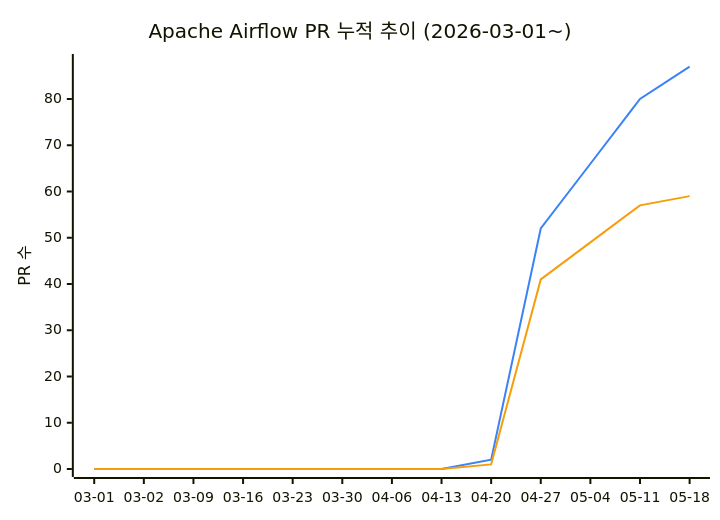
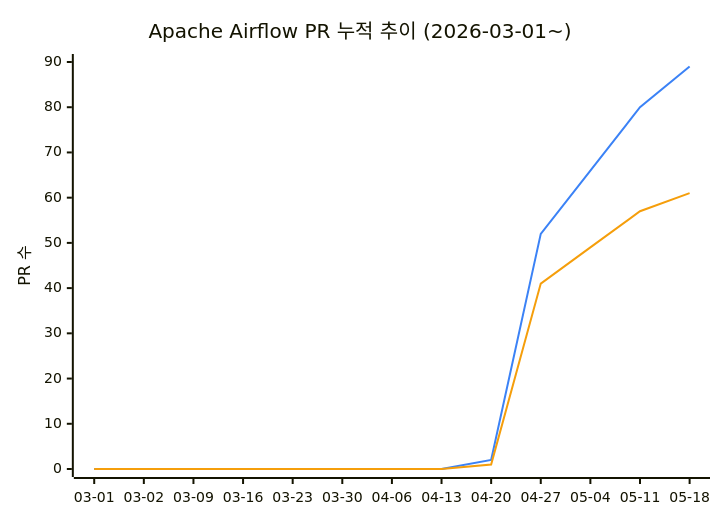
One commit to AirflowKorea/ossca changed the diagram in README.md. Above: the diagram before and after it, drawn with Mermaid. The commit also changed other lines of this file, not shown here.

````diff
--- a/README.md
+++ b/README.md
@@ -11,9 +11,9 @@
 ```mermaid
 %%{init: {"themeVariables": {"xyChart": {"plotColorPalette": "#3b82f6, #f59e0b"}}}}%%
 xychart-beta
     title "Apache Airflow PR 누적 추이 (2026-03-01~)"
     x-axis ["03-01", "03-02", "03-09", "03-16", "03-23", "03-30", "04-06", "04-13", "04-20", "04-27", "05-04", "05-11", "05-18"]
-    y-axis "PR 수" 0 --> 88
-    line [0, 0, 0, 0, 0, 0, 0, 0, 2, 52, 66, 80, 87]
-    line [0, 0, 0, 0, 0, 0, 0, 0, 1, 41, 49, 57, 59]
+    y-axis "PR 수" 0 --> 90
+    line [0, 0, 0, 0, 0, 0, 0, 0, 2, 52, 66, 80, 89]
+    line [0, 0, 0, 0, 0, 0, 0, 0, 1, 41, 49, 57, 61]
 ```
````
